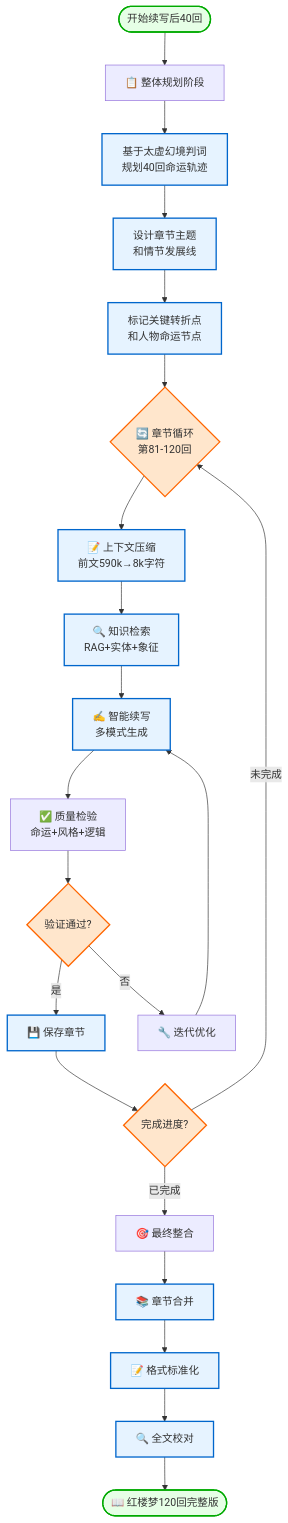
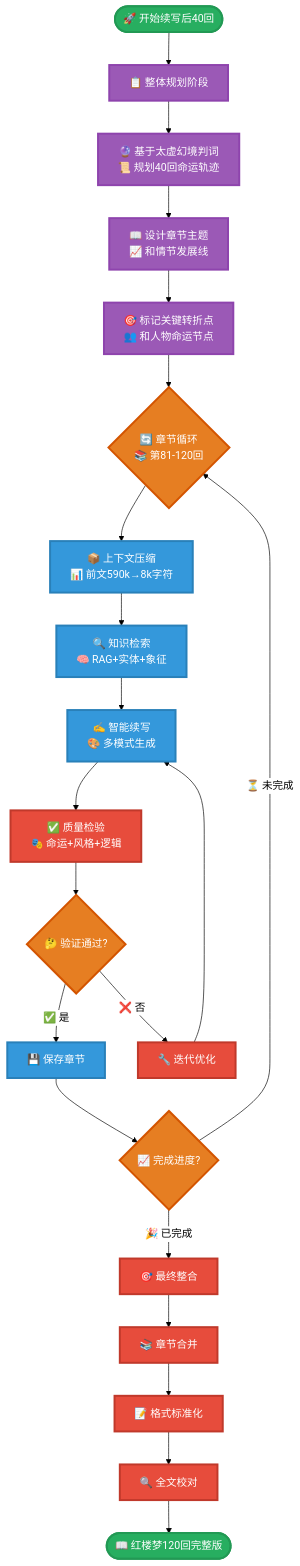
One commit to yaohaizhou/AI-continuation-of-Dream-of-the-Red-Chamber changed the second of 3 diagrams in resource/readme.md. Above: the diagram before and after it, drawn with Mermaid. The commit also changed other lines of this file, not shown here.

Commit message:
readme：高亮度mermaid

````diff
--- a/resource/readme.md
+++ b/resource/readme.md
@@ -150,37 +157,42 @@
 ```mermaid
+%%{init: {'theme':'base', 'themeVariables': {'primaryColor': '#ffffff', 'primaryTextColor': '#000000', 'primaryBorderColor': '#000000', 'lineColor': '#000000', 'sectionBkgColor': '#ffffff', 'altSectionBkgColor': '#f0f0f0', 'gridColor': '#cccccc', 'secondaryColor': '#ffffff', 'tertiaryColor': '#ffffff'}}}%%
 flowchart TD
-    Start([开始续写后40回]) --> Plan[📋 整体规划阶段]
+    Start(["🚀 开始续写后40回"]) --> Plan["📋 整体规划阶段"]
     
-    Plan --> Plan1[基于太虚幻境判词<br/>规划40回命运轨迹]
-    Plan1 --> Plan2[设计章节主题<br/>和情节发展线]
-    Plan2 --> Plan3[标记关键转折点<br/>和人物命运节点]
+    Plan --> Plan1["🔮 基于太虚幻境判词<br/>📜 规划40回命运轨迹"]
+    Plan1 --> Plan2["📖 设计章节主题<br/>📈 和情节发展线"]
+    Plan2 --> Plan3["🎯 标记关键转折点<br/>👥 和人物命运节点"]
     
-    Plan3 --> Loop{🔄 章节循环<br/>第81-120回}
+    Plan3 --> Loop{"🔄 章节循环<br/>📚 第81-120回"}
     
-    Loop --> Compress[📝 上下文压缩<br/>前文590k→8k字符]
-    Compress --> Retrieve[🔍 知识检索<br/>RAG+实体+象征]
-    Retrieve --> Generate[✍️ 智能续写<br/>多模式生成]
-    Generate --> Validate[✅ 质量检验<br/>命运+风格+逻辑]
+    Loop --> Compress["📦 上下文压缩<br/>📊 前文590k→8k字符"]
+    Compress --> Retrieve["🔍 知识检索<br/>🧠 RAG+实体+象征"]
+    Retrieve --> Generate["✍️ 智能续写<br/>🎨 多模式生成"]
+    Generate --> Validate["✅ 质量检验<br/>🎭 命运+风格+逻辑"]
     
-    Validate --> Pass{验证通过?}
-    Pass -->|是| Save[💾 保存章节]
-    Pass -->|否| Refine[🔧 迭代优化]
+    Validate --> Pass{"🤔 验证通过?"}
+    Pass -->|"✅ 是"| Save["💾 保存章节"]
+    Pass -->|"❌ 否"| Refine["🔧 迭代优化"]
     Refine --> Generate
     
-    Save --> Progress{完成进度?}
-    Progress -->|未完成| Loop
-    Progress -->|已完成| Final[🎯 最终整合]
+    Save --> Progress{"📈 完成进度?"}
+    Progress -->|"⏳ 未完成"| Loop
+    Progress -->|"🎉 已完成"| Final["🎯 最终整合"]
     
-    Final --> Final1[📚 章节合并]
-    Final1 --> Final2[📝 格式标准化]
-    Final2 --> Final3[🔍 全文校对]
-    Final3 --> Complete([📖 红楼梦120回完整版])
+    Final --> Final1["📚 章节合并"]
+    Final1 --> Final2["📝 格式标准化"]
+    Final2 --> Final3["🔍 全文校对"]
+    Final3 --> Complete(["📖 红楼梦120回完整版"])
     
-    classDef process fill:#E6F3FF,stroke:#0066CC,stroke-width:2px
-    classDef decision fill:#FFE6CC,stroke:#FF6600,stroke-width:2px
-    classDef endpoint fill:#E6FFE6,stroke:#00AA00,stroke-width:2px
+    classDef process fill:#3498DB,stroke:#2980B9,stroke-width:3px,color:#FFFFFF
+    classDef decision fill:#E67E22,stroke:#D35400,stroke-width:3px,color:#FFFFFF
+    classDef endpoint fill:#27AE60,stroke:#229954,stroke-width:3px,color:#FFFFFF
+    classDef planning fill:#9B59B6,stroke:#8E44AD,stroke-width:3px,color:#FFFFFF
+    classDef final fill:#E74C3C,stroke:#C0392B,stroke-width:3px,color:#FFFFFF
     
-    class Plan1,Plan2,Plan3,Compress,Retrieve,Generate,Save,Final1,Final2,Final3 process
+    class Plan,Plan1,Plan2,Plan3 planning
+    class Compress,Retrieve,Generate,Save process
     class Loop,Pass,Progress decision
     class Start,Complete endpoint
+    class Validate,Refine,Final,Final1,Final2,Final3 final
 ```
````
